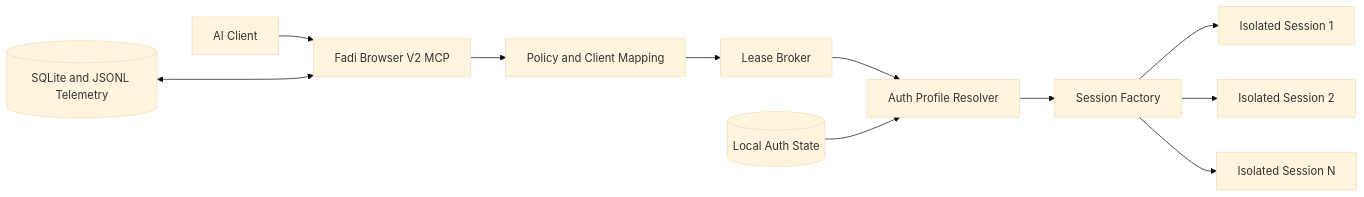
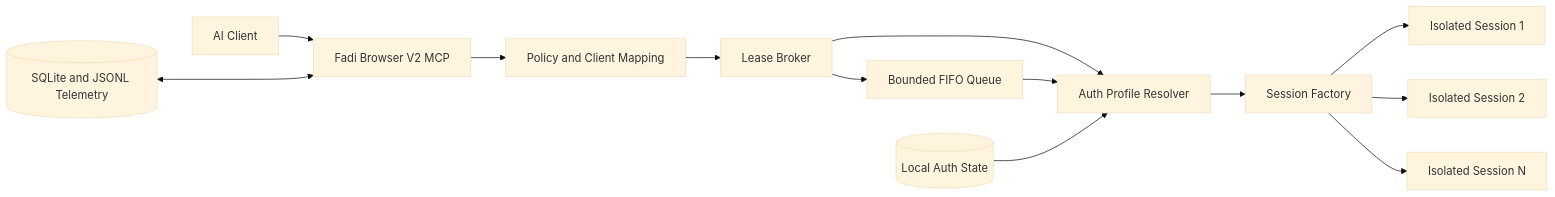
One commit to FadiAboAlward/Fadi_Browser_v2 changed the diagram in README.md. Above: the diagram before and after it, drawn with Mermaid (base theme). The commit also changed other lines of this file, not shown here.

```diff
--- a/README.md
+++ b/README.md
@@ -40,13 +44,15 @@
 ~~~mermaid
 flowchart LR
     A[AI Client] --> B[Fadi Browser V2 MCP]
     B --> C[Policy and Client Mapping]
     C --> D[Lease Broker]
+    D --> Q[Bounded FIFO Queue]
     D --> E[Auth Profile Resolver]
+    Q --> E
     E --> F[Session Factory]
     F --> G1[Isolated Session 1]
     F --> G2[Isolated Session 2]
     F --> G3[Isolated Session N]
     H[(Local Auth State)] --> E
     I[(SQLite and JSONL Telemetry)] <---> B
 ~~~
```
